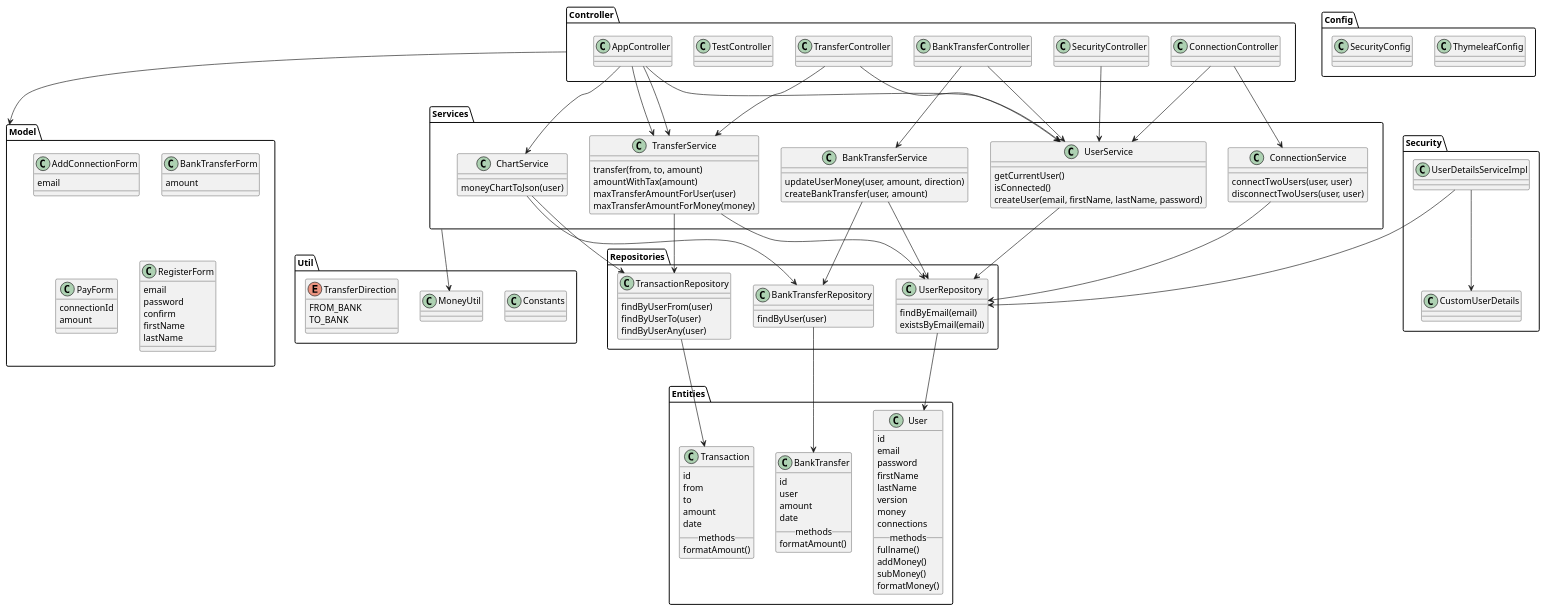
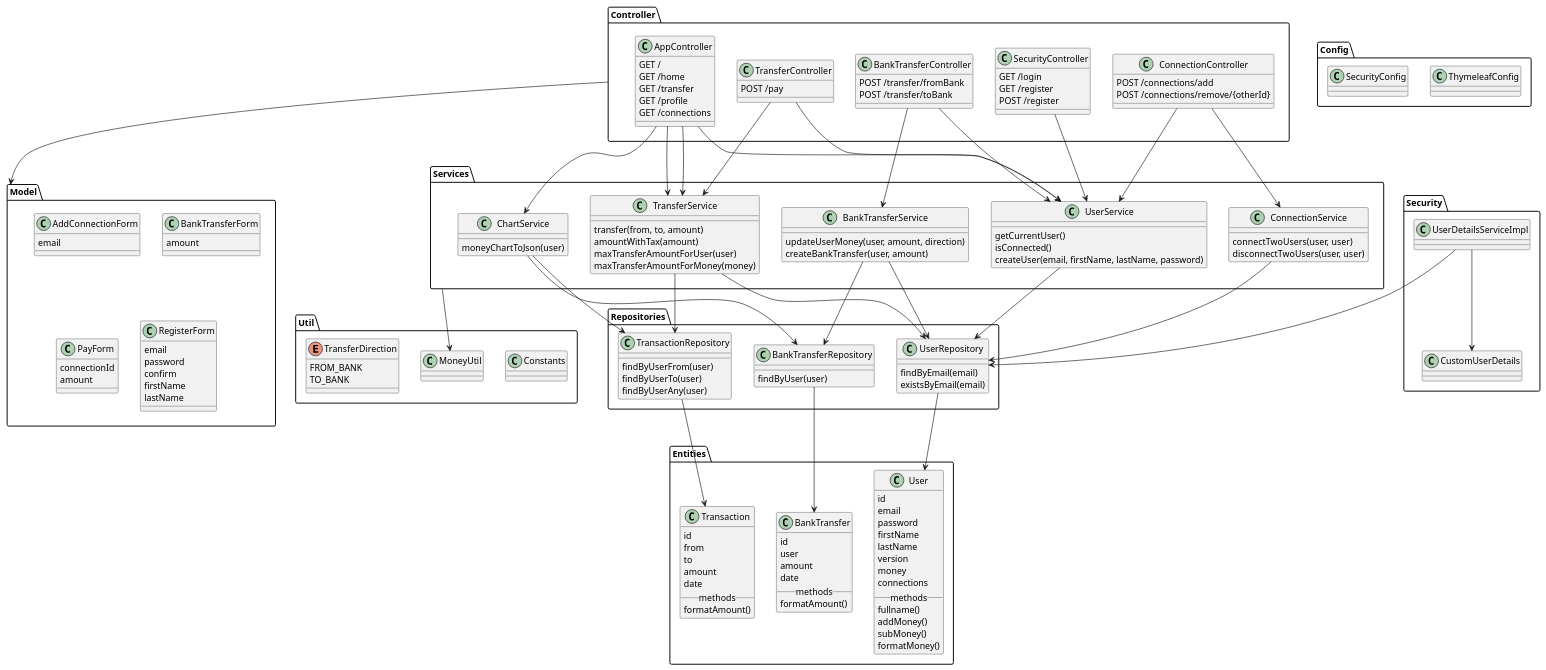
One commit to Wardenfar/PayMyBuddy changed the diagram in uml/class.puml. Above: the diagram before and after it, drawn with PlantUML. The commit also changed 1 other file, not shown here.

Commit message:
[Plant UML] Class (part 2)

```diff
--- a/uml/class.puml
+++ b/uml/class.puml
@@ -1,175 +1,192 @@
 @startuml
 'https://plantuml.com/class-diagram
 
 'Util
 package Util {
     class Constants
     class MoneyUtil
     enum TransferDirection {
          FROM_BANK
          TO_BANK
     }
 }
 
 'Entities
 package Entities {
     class User {
         id
         email
         password
         firstName
         lastName
         version
         money
         connections
         __ methods __
         fullname()
         addMoney()
         subMoney()
         formatMoney()
     }
     class Transaction {
         id
         from
         to
         amount
         date
         __ methods __
         formatAmount()
     }
     class BankTransfer {
         id
         user
         amount
         date
         __ methods __
         formatAmount()
     }
 }
 
 'Repositories
 package Repositories {
     class UserRepository {
         findByEmail(email)
         existsByEmail(email)
     }
     class BankTransferRepository {
         findByUser(user)
     }
     class TransactionRepository {
         findByUserFrom(user)
         findByUserTo(user)
         findByUserAny(user)
     }
 }
 
 'Service
 package Services {
     class BankTransferService {
         updateUserMoney(user, amount, direction)
         createBankTransfer(user, amount)
     }
     class ChartService {
         moneyChartToJson(user)
     }
     class ConnectionService {
         connectTwoUsers(user, user)
         disconnectTwoUsers(user, user)
     }
     class TransferService {
         transfer(from, to, amount)
         amountWithTax(amount)
         maxTransferAmountForUser(user)
         maxTransferAmountForMoney(money)
     }
     class UserService {
         getCurrentUser()
         isConnected()
         createUser(email, firstName, lastName, password)
     }
 }
 
 'Security
 package Security {
   class CustomUserDetails
   class UserDetailsServiceImpl
 }
 
 'Controller
 package Controller {
-  class AppController
-  class BankTransferController
-  class ConnectionController
-  class SecurityController
-  class TestController
-  class TransferController
+  class AppController {
+     GET /
+     GET /home
+     GET /transfer
+     GET /profile
+     GET /connections
+  }
+  class BankTransferController {
+    POST /transfer/fromBank
+    POST /transfer/toBank
+  }
+  class ConnectionController {
+    POST /connections/add
+    POST /connections/remove/{otherId}
+  }
+  class SecurityController {
+    GET /login
+    GET /register
+    POST /register
+  }
+  class TransferController {
+    POST /pay
+  }
 }
 
 'Model
 package Model {
   class AddConnectionForm {
     email
   }
   class BankTransferForm {
     amount
   }
   class PayForm {
       connectionId
       amount
   }
   class RegisterForm {
     email
     password
     confirm
     firstName
     lastName
   }
 }
 
 'Config
 package Config {
   class ThymeleafConfig
   class SecurityConfig
 }
 
 Controller --> Model
 
 AppController --> UserService
 AppController --> TransferService
 AppController --> TransferService
 AppController --> ChartService
 
 BankTransferController --> UserService
 BankTransferController --> BankTransferService
 
 ConnectionController --> ConnectionService
 ConnectionController --> UserService
 
 SecurityController --> UserService
 
 TransferController --> UserService
 TransferController --> TransferService
 
 Services --> MoneyUtil
 
 UserRepository --> User
 BankTransferRepository --> BankTransfer
 TransactionRepository --> Transaction
 
 BankTransferService --> BankTransferRepository
 BankTransferService --> UserRepository
 
 ChartService --> BankTransferRepository
 ChartService --> TransactionRepository
 
 ConnectionService --> UserRepository
 
 TransferService --> UserRepository
 TransferService --> TransactionRepository
 
 UserService --> UserRepository
 
 UserDetailsServiceImpl --> UserRepository
 UserDetailsServiceImpl --> CustomUserDetails
 
 @enduml
```
